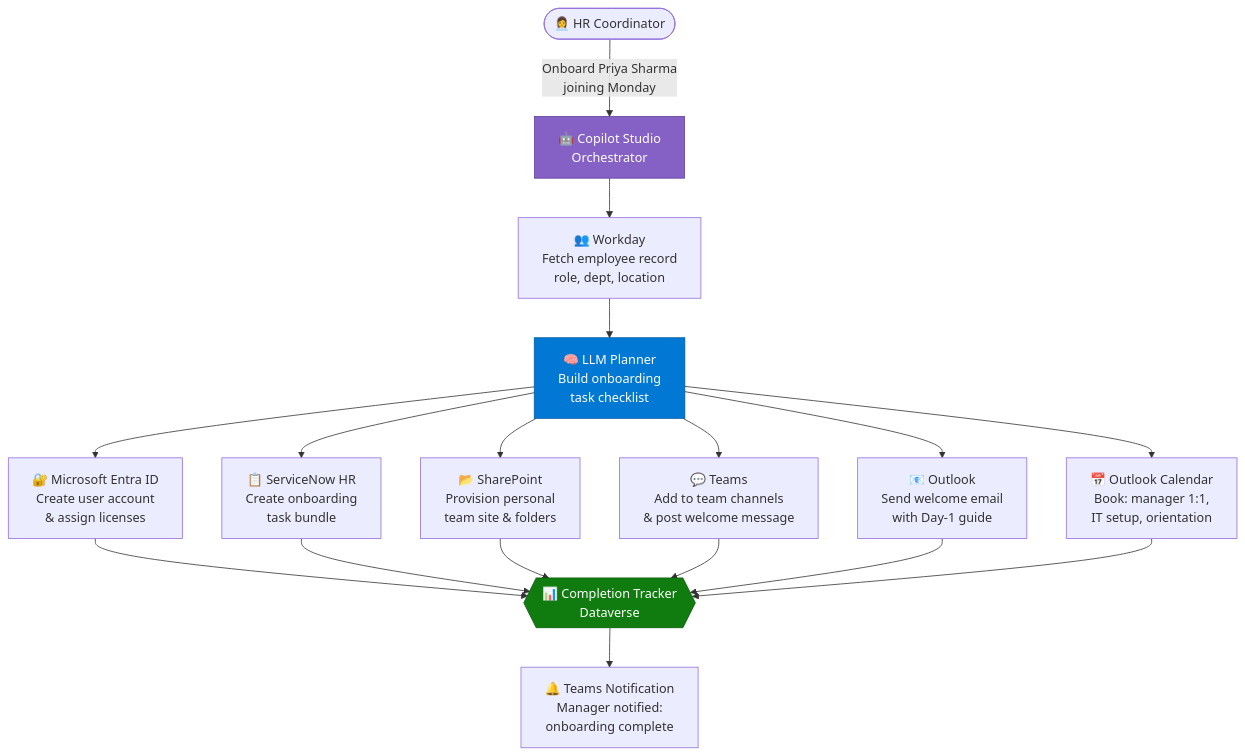
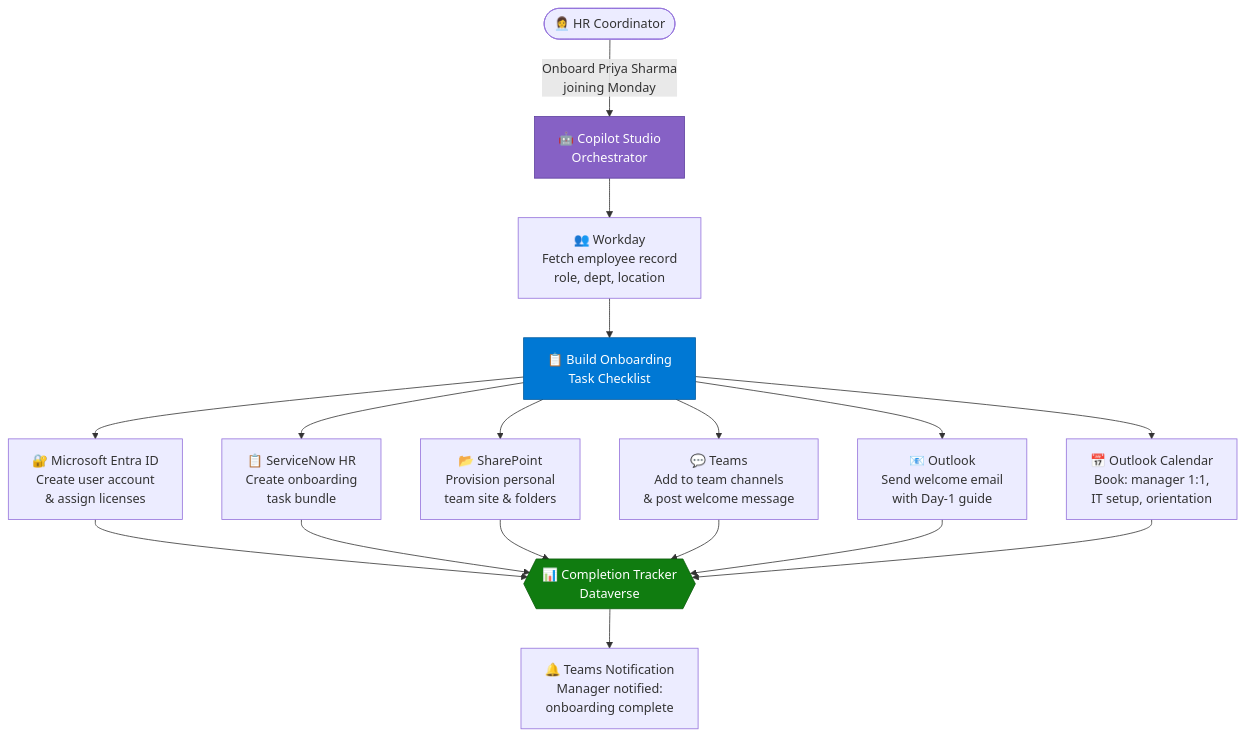
The sixth of 8 diagrams in 02-patterns/Agentic Workflow Orchestration.md (microsoft/ai-agent-runbooks), drawn with Mermaid before and after one commit. The commit also changed other lines of this file, not shown here.

````diff
--- a/02-patterns/Agentic Workflow Orchestration.md
+++ b/02-patterns/Agentic Workflow Orchestration.md
@@ -441,27 +441,27 @@
 ```mermaid
 flowchart TD
     HR([👩‍💼 HR Coordinator]) -->|"Onboard Priya Sharma\njoining Monday"| ORC[🤖 Copilot Studio\nOrchestrator]
 
     ORC --> WD[👥 Workday\nFetch employee record\nrole, dept, location]
-    WD --> PLAN[🧠 LLM Planner\nBuild onboarding\ntask checklist]
+    WD --> PLAN[📋 Build Onboarding\nTask Checklist]
 
     PLAN --> AAD[🔐 Microsoft Entra ID\nCreate user account\n& assign licenses]
     PLAN --> SN_HR[📋 ServiceNow HR\nCreate onboarding\ntask bundle]
     PLAN --> SP[📂 SharePoint\nProvision personal\nteam site & folders]
     PLAN --> TEAMS2[💬 Teams\nAdd to team channels\n& post welcome message]
     PLAN --> OUT[📧 Outlook\nSend welcome email\nwith Day-1 guide]
     PLAN --> CAL2[📅 Outlook Calendar\nBook: manager 1:1,\nIT setup, orientation]
 
     AAD --> STATUS{{📊 Completion Tracker\nDataverse}}
     SN_HR --> STATUS
     SP --> STATUS
     TEAMS2 --> STATUS
     OUT --> STATUS
     CAL2 --> STATUS
 
     STATUS --> MGRNOT[🔔 Teams Notification\nManager notified:\nonboarding complete]
 
     style ORC fill:#8661c5,color:#fff,stroke:#5c3d9e
     style PLAN fill:#0078d4,color:#fff,stroke:#005a9e
     style STATUS fill:#107c10,color:#fff,stroke:#0a5c0a
 ```
````
